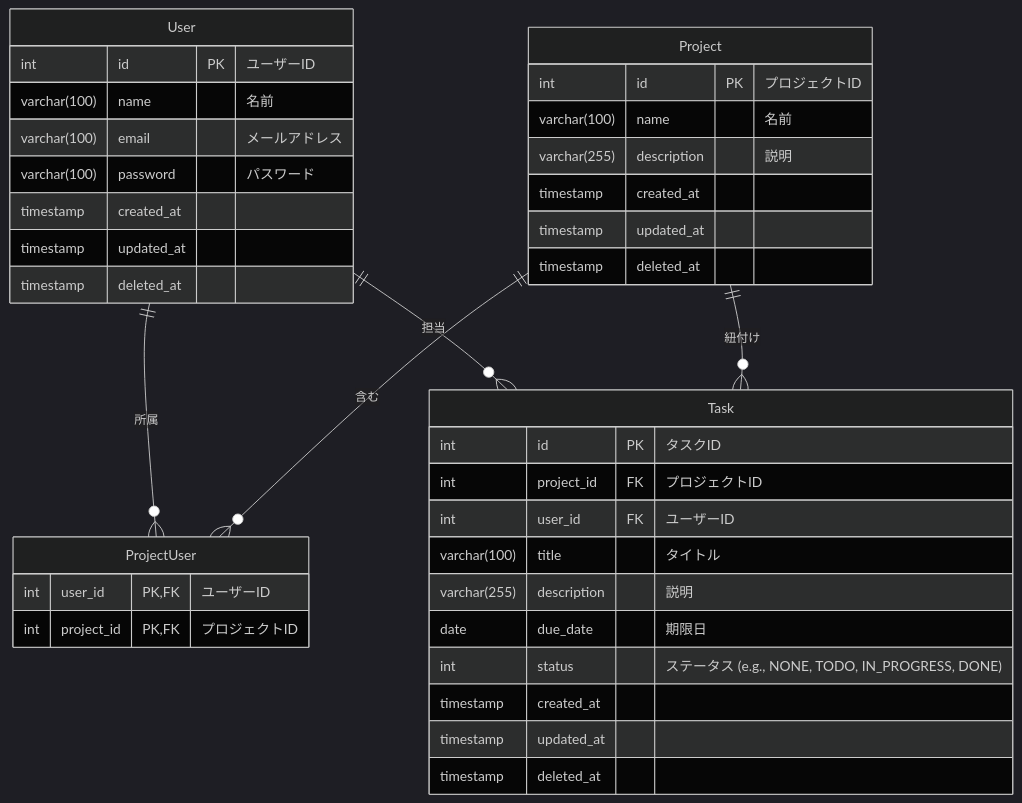
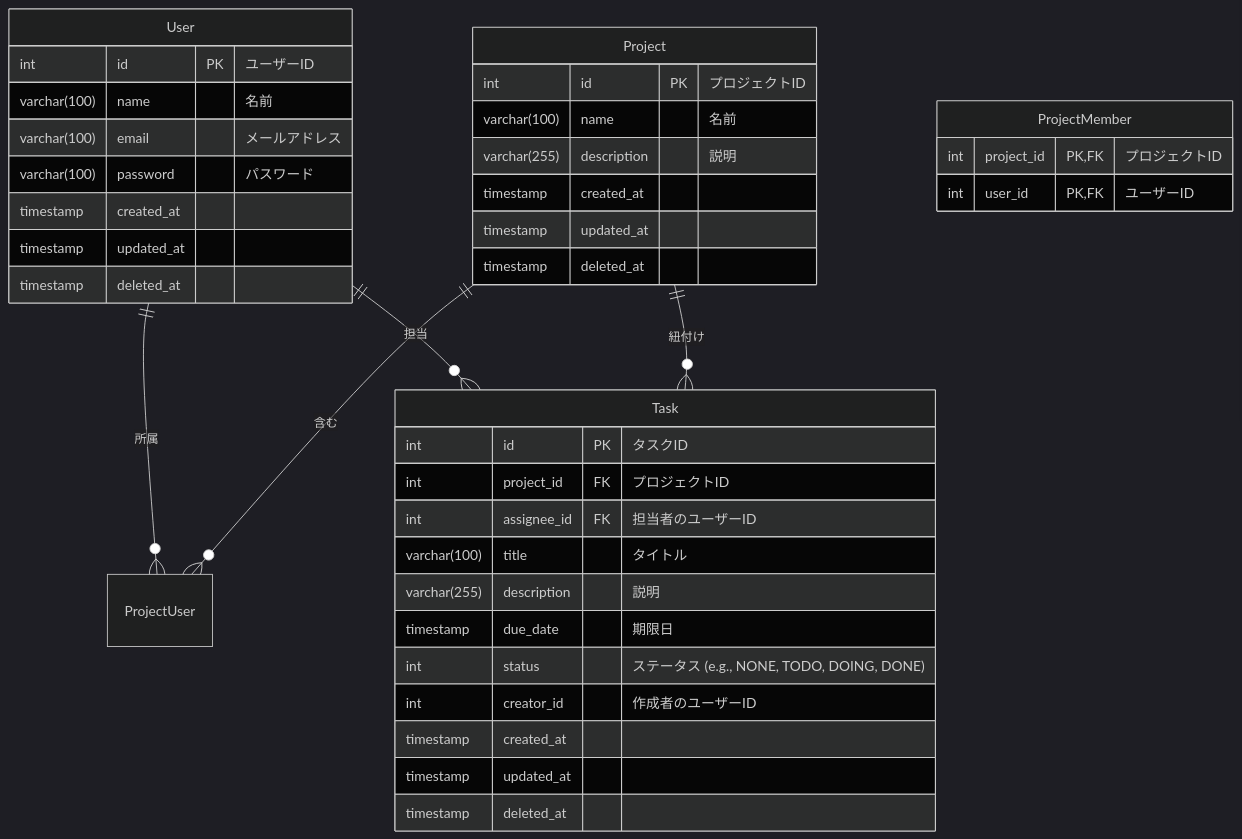
One commit to geek-teru/simple-task-app changed the diagram in README.md. Above: the diagram before and after it, drawn with Mermaid (dark theme). The commit also changed other lines of this file and 18 other files, not shown here.

````diff
--- a/README.md
+++ b/README.md
@@ -71,41 +71,42 @@
 ```mermaid
 erDiagram
     User ||--o{ ProjectUser : "所属"
     Project ||--o{ ProjectUser : "含む"
     User ||--o{ Task : "担当"
     Project ||--o{ Task : "紐付け"
 
     User {
         int id PK "ユーザーID"
         varchar(100) name "名前"
         varchar(100) email "メールアドレス"
         varchar(100) password "パスワード"
         timestamp created_at
         timestamp updated_at
         timestamp deleted_at
     }
-    ProjectUser {
+    ProjectMember {
+		    int project_id PK,FK "プロジェクトID"
 		    int user_id PK,FK "ユーザーID"
-		    int project_id PK,FK "プロジェクトID"
     }
     Project {
 		    int id PK "プロジェクトID"
 		    varchar(100) name "名前"
 		    varchar(255) description "説明"
 		    timestamp created_at
         timestamp updated_at
         timestamp deleted_at
     }
     Task {
         int id PK "タスクID"
         int project_id FK "プロジェクトID"
-        int user_id FK "ユーザーID"
+        int assignee_id FK "担当者のユーザーID"
         varchar(100) title "タイトル"
         varchar(255) description "説明"
-        date due_date "期限日"
-        int status "ステータス (e.g., NONE, TODO, IN_PROGRESS, DONE)"
+        timestamp due_date "期限日"
+        int status "ステータス (e.g., NONE, TODO, DOING, DONE)"
+        int creator_id "作成者のユーザーID"
         timestamp created_at
         timestamp updated_at
         timestamp deleted_at
     }
 ```
````
